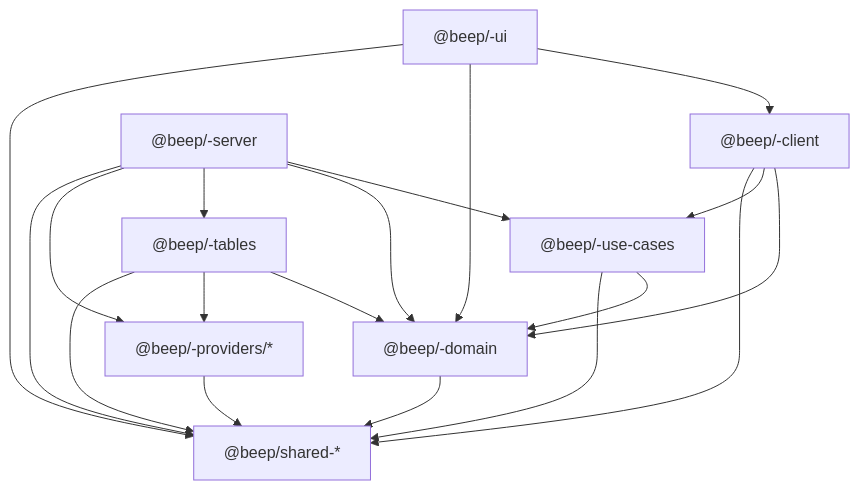
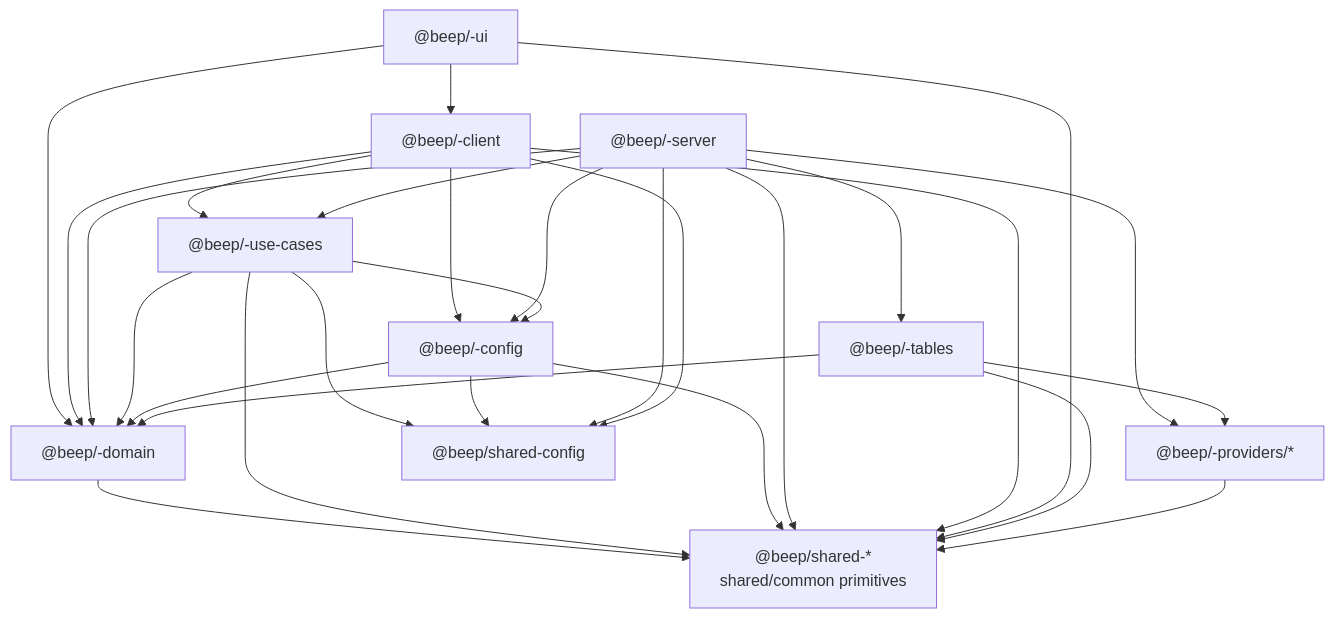
The first of 6 diagrams in standards/ARCHITECTURE.md (kriegcloud/beep-effect), drawn with Mermaid before and after one commit. The commit also changed other lines of this file and 292 other files, not shown here.

````diff
--- a/standards/ARCHITECTURE.md
+++ b/standards/ARCHITECTURE.md
@@ -81,31 +84,42 @@
 ```mermaid
 flowchart TD
   ui["@beep/<slice>-ui"]
   client["@beep/<slice>-client"]
+  usecases["@beep/<slice>-use-cases"]
+  config["@beep/<slice>-config"]
   server["@beep/<slice>-server"]
-  usecases["@beep/<slice>-use-cases"]
   domain["@beep/<slice>-domain"]
   tables["@beep/<slice>-tables"]
   providers["@beep/<slice>-providers/*"]
-  shared["@beep/shared-*"]
+  sharedCore["@beep/shared-*<br/>shared/common primitives"]
+  sharedConfig["@beep/shared-config"]
 
   ui --> client
   ui --> domain
   client --> domain
   client --> usecases
+  client --> config
   server --> usecases
+  server --> config
   server --> domain
   server --> tables
   server --> providers
+  usecases --> config
   usecases --> domain
+  config --> domain
   tables --> domain
   tables --> providers
 
-  domain --> shared
-  usecases --> shared
-  server --> shared
-  client --> shared
-  ui --> shared
-  tables --> shared
-  providers --> shared
+  domain --> sharedCore
+  usecases --> sharedCore
+  usecases --> sharedConfig
+  config --> sharedCore
+  config --> sharedConfig
+  server --> sharedCore
+  server --> sharedConfig
+  client --> sharedCore
+  client --> sharedConfig
+  ui --> sharedCore
+  tables --> sharedCore
+  providers --> sharedCore
 ```
````
